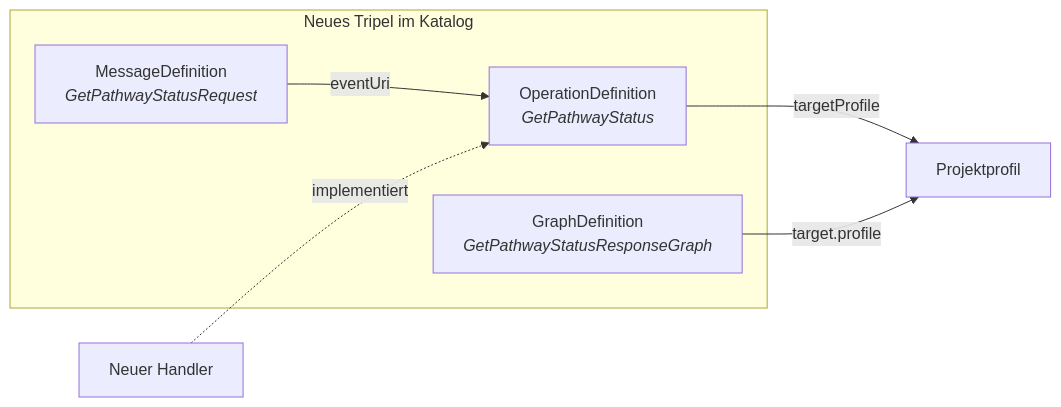
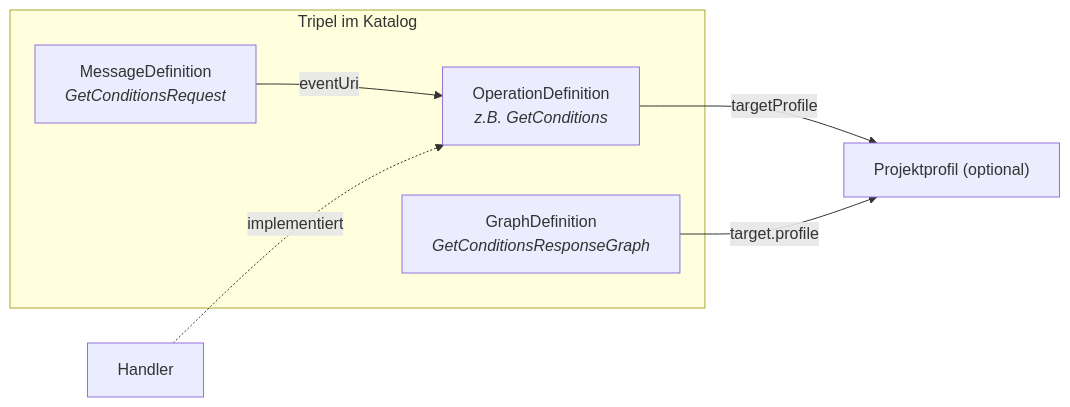
One commit to forschungsgruppe-digital-health/pds-query-broker changed the diagram in CONTRIBUTING.md. Above: the diagram before and after it, drawn with Mermaid. The commit also changed other lines of this file and 10 other files, not shown here.

````diff
--- a/CONTRIBUTING.md
+++ b/CONTRIBUTING.md
@@ -149,15 +149,15 @@
 ```mermaid
 graph LR
-    subgraph "Neues Tripel im Katalog"
-        OPDEF["OperationDefinition<br/><i>GetPathwayStatus</i>"]
-        MSGDEF["MessageDefinition<br/><i>GetPathwayStatusRequest</i>"]
-        GRAPHDEF["GraphDefinition<br/><i>GetPathwayStatusResponseGraph</i>"]
+    subgraph "Tripel im Katalog"
+        OPDEF["OperationDefinition<br/><i>z.B. GetConditions</i>"]
+        MSGDEF["MessageDefinition<br/><i>GetConditionsRequest</i>"]
+        GRAPHDEF["GraphDefinition<br/><i>GetConditionsResponseGraph</i>"]
     end
-    KDS["Projektprofil"]
-    HANDLER["Neuer Handler"]
+    KDS["Projektprofil (optional)"]
+    HANDLER["Handler"]
 
     MSGDEF -->|"eventUri"| OPDEF
     OPDEF -->|"targetProfile"| KDS
     GRAPHDEF -->|"target.profile"| KDS
     HANDLER -.->|"implementiert"| OPDEF
 ```
````
